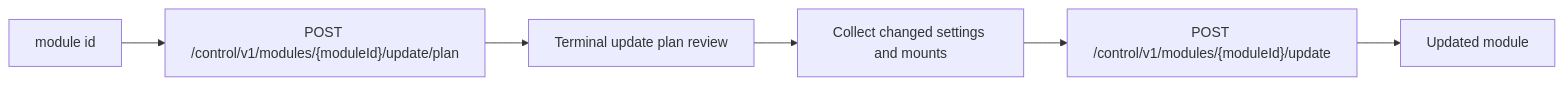
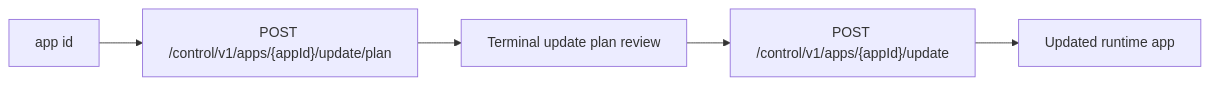
One commit to alex-de-haas/docker-host changed the third of 4 diagrams in docs/features/cli-module-commands.md. Above: the diagram before and after it, drawn with Mermaid. The commit also changed other lines of this file and 11 other files, not shown here.

````diff
--- a/docs/features/cli-module-commands.md
+++ b/docs/features/cli-module-commands.md
@@ -279,8 +261,7 @@
 ```mermaid
 flowchart LR
-  A["module id"] --> B["POST /control/v1/modules/{moduleId}/update/plan"]
+  A["app id"] --> B["POST /control/v1/apps/{appId}/update/plan"]
   B --> C["Terminal update plan review"]
-  C --> D["Collect changed settings and mounts"]
-  D --> E["POST /control/v1/modules/{moduleId}/update"]
-  E --> F["Updated module"]
+  C --> D["POST /control/v1/apps/{appId}/update"]
+  D --> E["Updated runtime app"]
 ```
````
